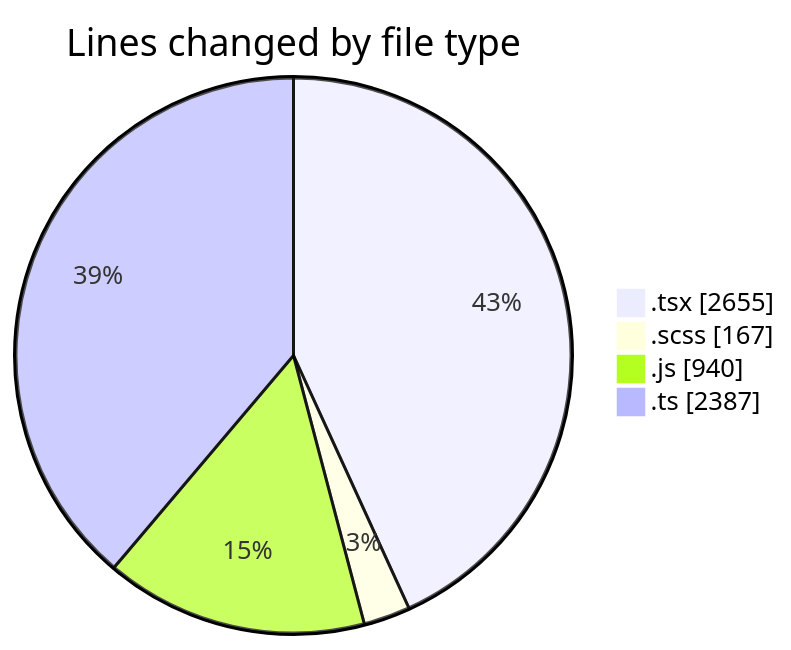
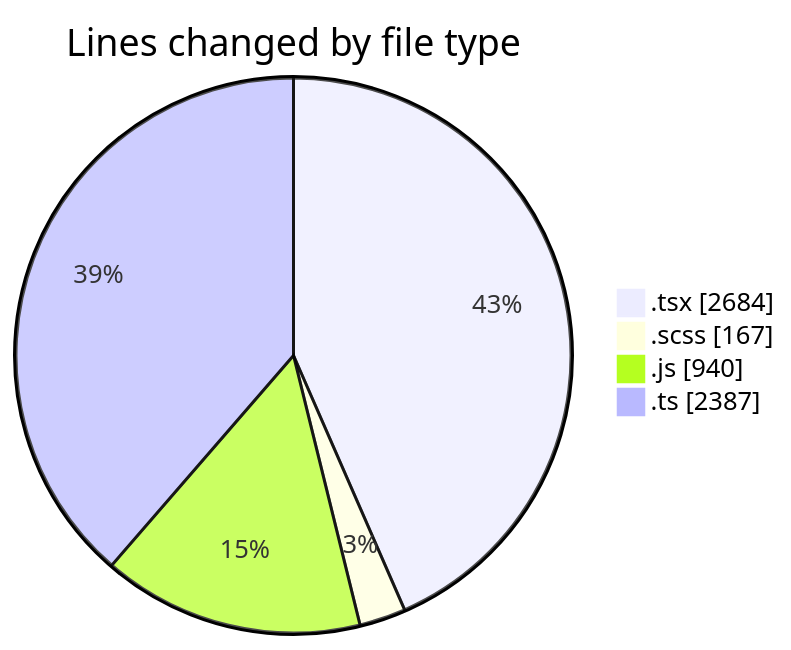
The first of 2 diagrams in 2026-07-15/cda/README.md (momahboobian/code-tracking), drawn with Mermaid before and after one commit. The commit also changed other lines of this file and 1 other file, not shown here.

````diff
--- a/2026-07-15/cda/README.md
+++ b/2026-07-15/cda/README.md
@@ -51,8 +51,8 @@
 ```mermaid
 pie showData
 title Lines changed by file type
-".tsx" : 2655
+".tsx" : 2684
 ".scss" : 167
 ".js" : 940
 ".ts" : 2387
 ```
````
